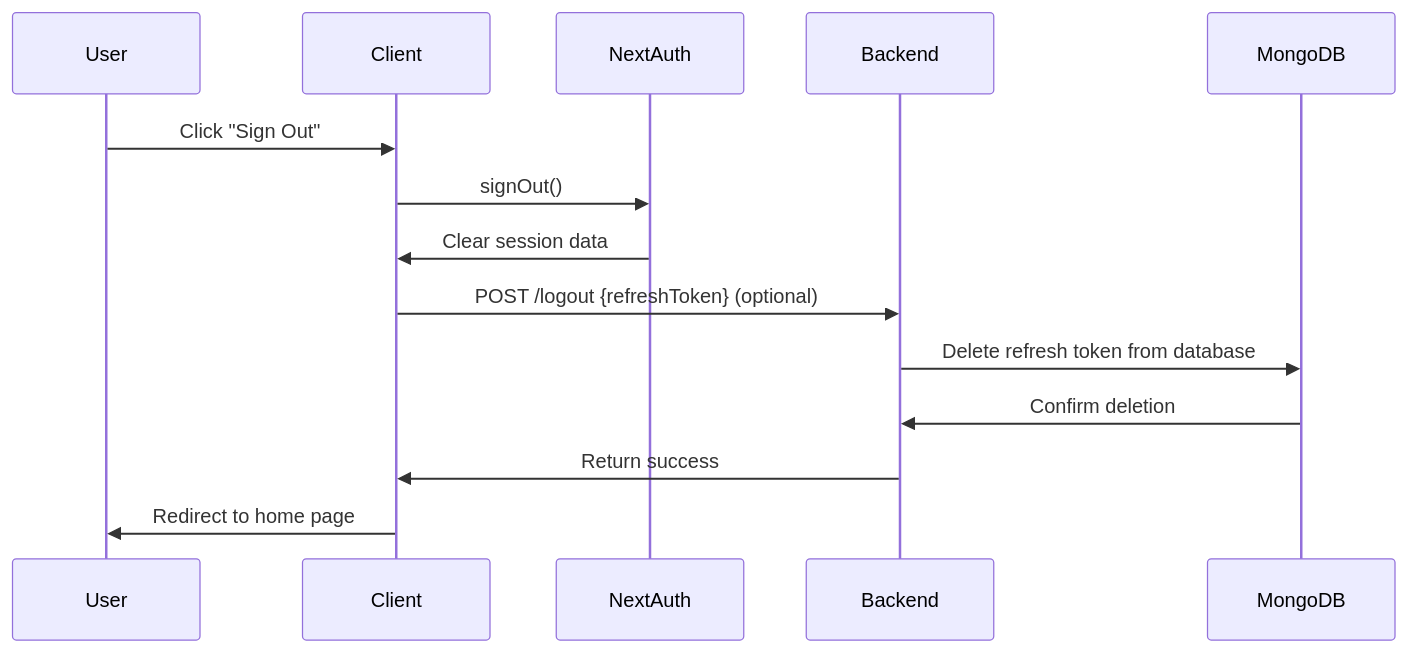
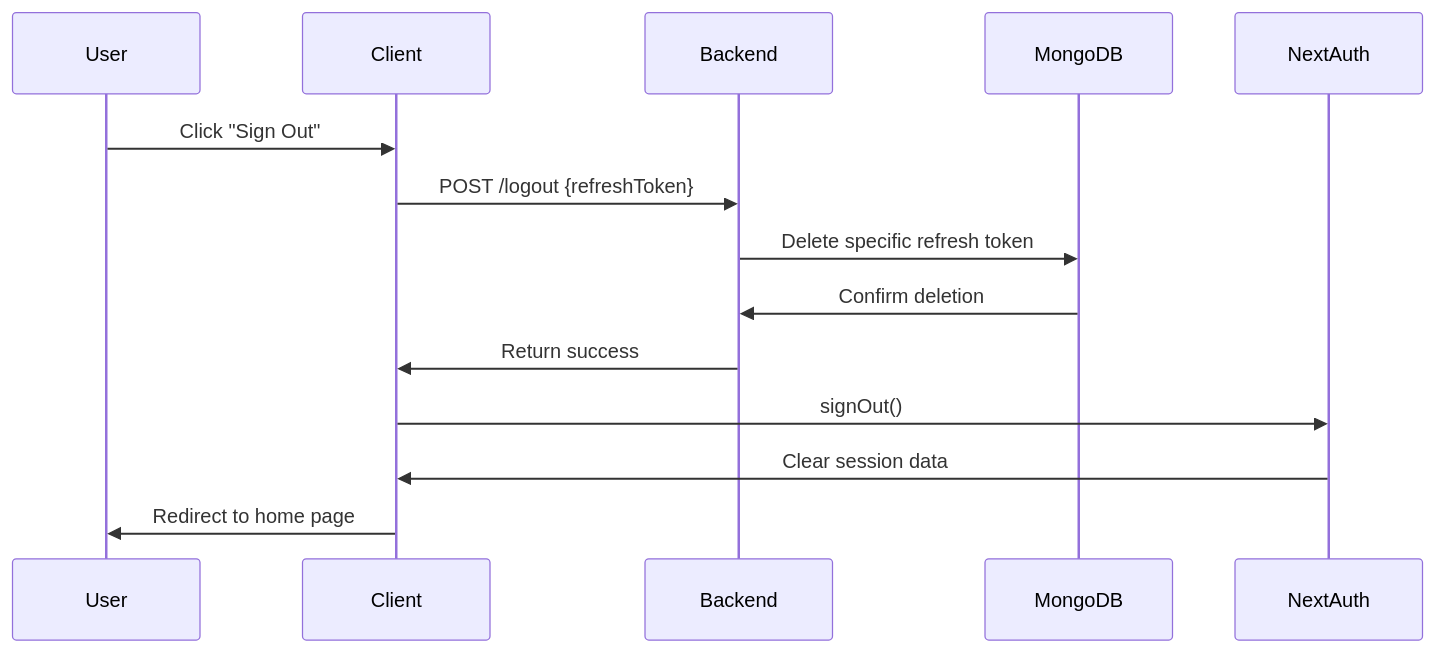
One commit to Musyonchez/syntax changed the fourth of 5 diagrams in FLOW.md. Above: the diagram before and after it, drawn with Mermaid. The commit also changed other lines of this file, not shown here.

First line of the commit message:
docs: Update FLOW.md to reflect current production-ready implementation

````diff
--- a/FLOW.md
+++ b/FLOW.md
@@ -120,17 +126,17 @@
 ```mermaid
 sequenceDiagram
     participant User
     participant Client
-    participant NextAuth
     participant Backend
     participant MongoDB
+    participant NextAuth
 
     User->>Client: Click "Sign Out"
+    Client->>Backend: POST /logout {refreshToken}
+    Backend->>MongoDB: Delete specific refresh token
+    MongoDB->>Backend: Confirm deletion
+    Backend->>Client: Return success
     Client->>NextAuth: signOut()
     NextAuth->>Client: Clear session data
-    Client->>Backend: POST /logout {refreshToken} (optional)
-    Backend->>MongoDB: Delete refresh token from database
-    MongoDB->>Backend: Confirm deletion
-    Backend->>Client: Return success
     Client->>User: Redirect to home page
 ```
````
